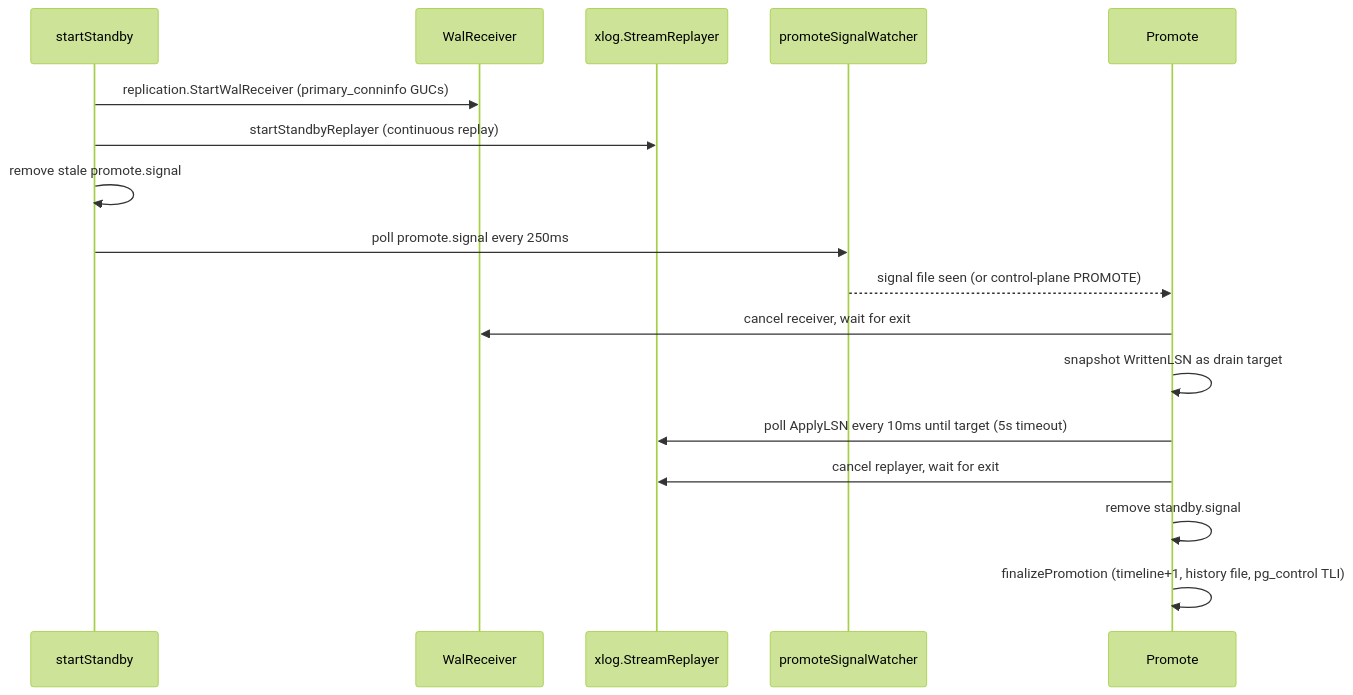
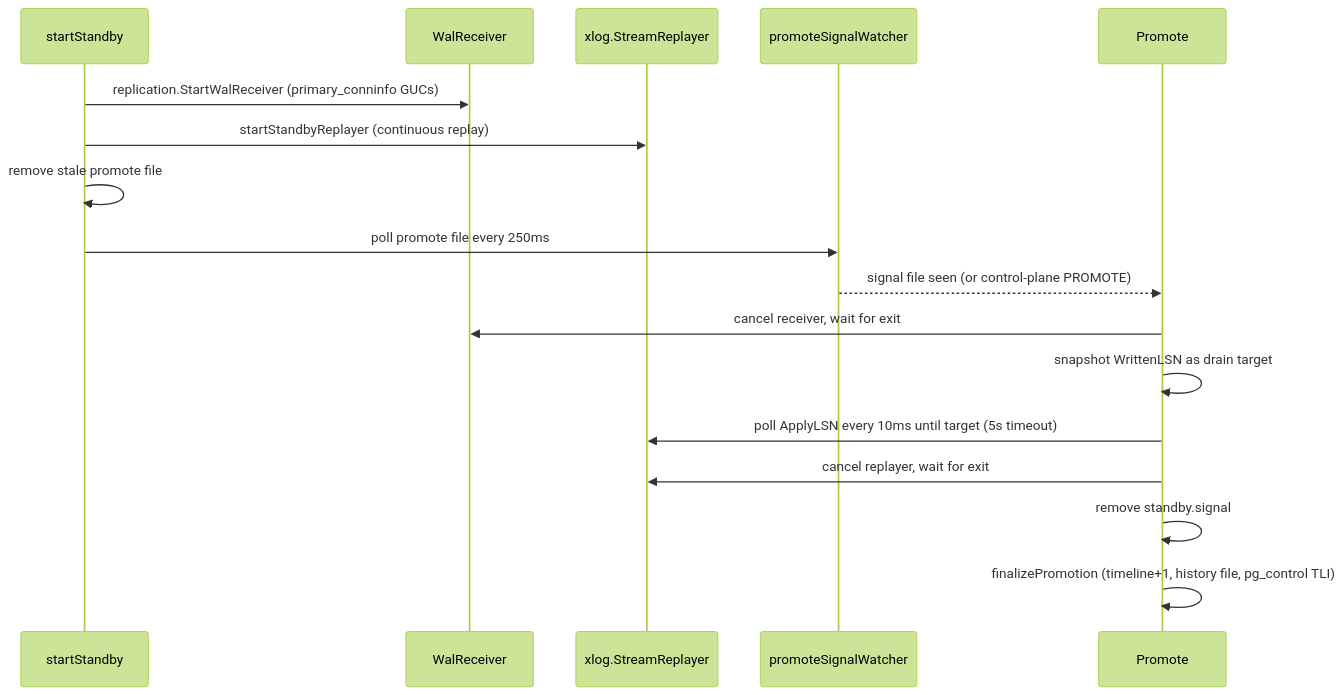
One commit to ryogrid/goopg changed the second of 4 diagrams in docs/wiki/modules/cmd-goopg.md. Above: the diagram before and after it, drawn with Mermaid (forest theme). The commit also changed other lines of this file and 8 other files, not shown here.

````diff
--- a/docs/wiki/modules/cmd-goopg.md
+++ b/docs/wiki/modules/cmd-goopg.md
@@ -201,20 +201,20 @@
 ```mermaid
 sequenceDiagram
     participant S as startStandby
     participant RCV as WalReceiver
     participant RPL as xlog.StreamReplayer
     participant PS as promoteSignalWatcher
     participant P as Promote
 
     S->>RCV: replication.StartWalReceiver (primary_conninfo GUCs)
     S->>RPL: startStandbyReplayer (continuous replay)
-    S->>S: remove stale promote.signal
-    S->>PS: poll promote.signal every 250ms
+    S->>S: remove stale promote file
+    S->>PS: poll promote file every 250ms
     PS-->>P: signal file seen (or control-plane PROMOTE)
     P->>RCV: cancel receiver, wait for exit
     P->>P: snapshot WrittenLSN as drain target
     P->>RPL: poll ApplyLSN every 10ms until target (5s timeout)
     P->>RPL: cancel replayer, wait for exit
     P->>P: remove standby.signal
     P->>P: finalizePromotion (timeline+1, history file, pg_control TLI)
 ```
````
